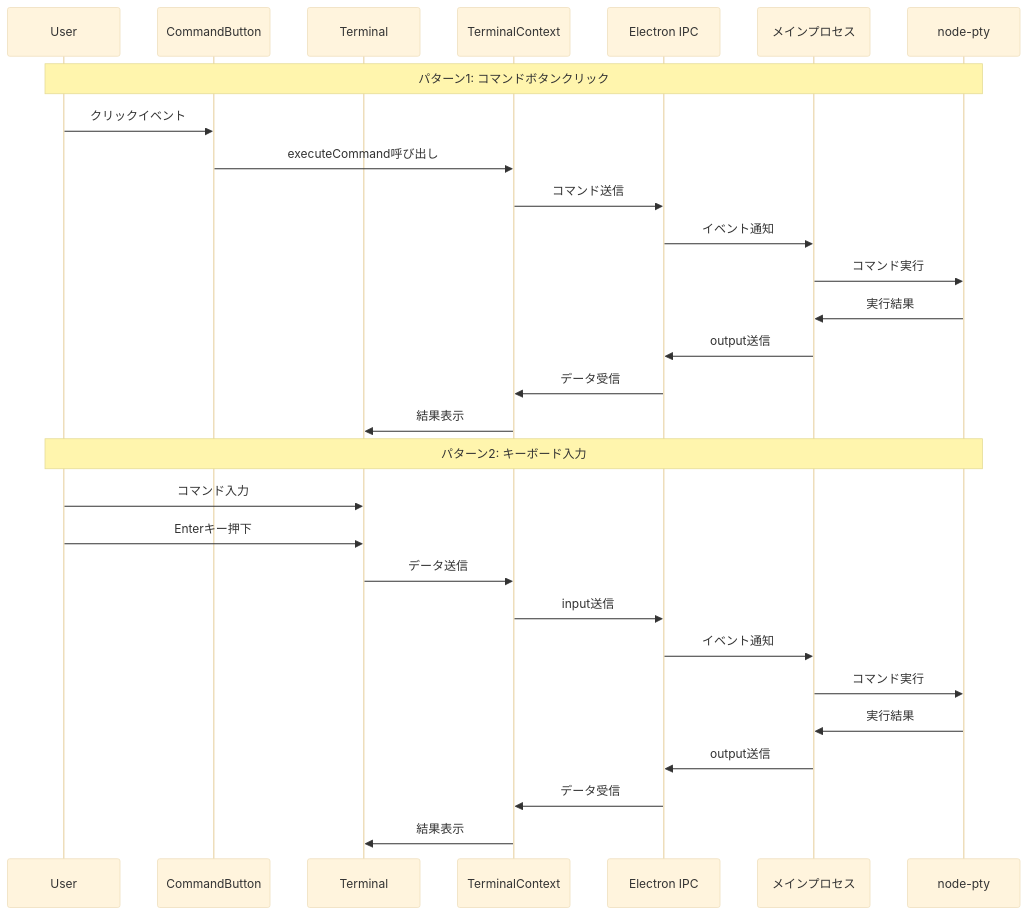
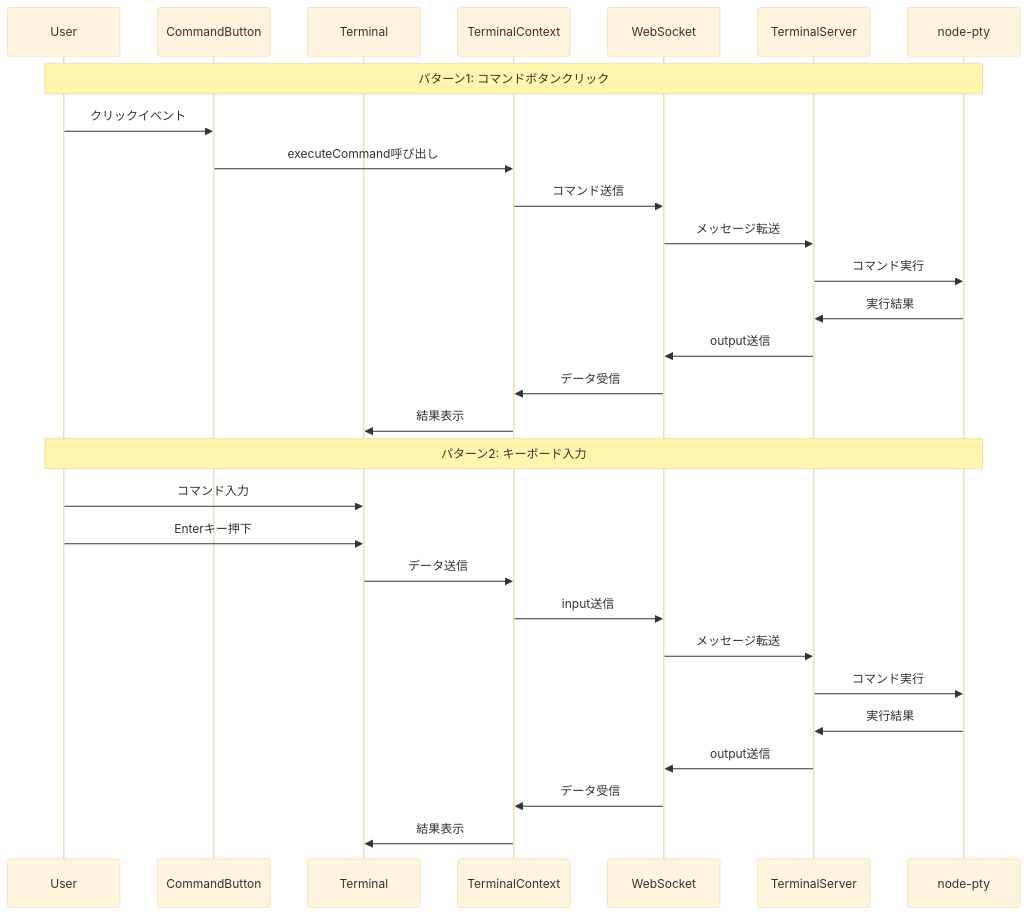
The third of 3 diagrams in DEVELOPMENT.md (yuki-matsu783/ExecDock), drawn with Mermaid (base theme) before and after one commit. The commit also changed other lines of this file and 1 other file, not shown here.

````diff
--- a/DEVELOPMENT.md
+++ b/DEVELOPMENT.md
@@ -117,33 +116,33 @@
    ```mermaid
    sequenceDiagram
        participant U as User
        participant CB as CommandButton
        participant T as Terminal
        participant TC as TerminalContext
-       participant IPC as Electron IPC
-       participant MP as メインプロセス
+       participant WS as WebSocket
+       participant TS as TerminalServer
        participant PTY as node-pty
 
        Note over U,PTY: パターン1: コマンドボタンクリック
        U->>CB: クリックイベント
        CB->>TC: executeCommand呼び出し
-       TC->>IPC: コマンド送信
-       IPC->>MP: イベント通知
-       MP->>PTY: コマンド実行
-       PTY->>MP: 実行結果
-       MP->>IPC: output送信
-       IPC->>TC: データ受信
+       TC->>WS: コマンド送信
+       WS->>TS: メッセージ転送
+       TS->>PTY: コマンド実行
+       PTY->>TS: 実行結果
+       TS->>WS: output送信
+       WS->>TC: データ受信
        TC->>T: 結果表示
 
        Note over U,PTY: パターン2: キーボード入力
        U->>T: コマンド入力
        U->>T: Enterキー押下
        T->>TC: データ送信
-       TC->>IPC: input送信
-       IPC->>MP: イベント通知
-       MP->>PTY: コマンド実行
-       PTY->>MP: 実行結果
-       MP->>IPC: output送信
-       IPC->>TC: データ受信
+       TC->>WS: input送信
+       WS->>TS: メッセージ転送
+       TS->>PTY: コマンド実行
+       PTY->>TS: 実行結果
+       TS->>WS: output送信
+       WS->>TC: データ受信
        TC->>T: 結果表示
    ```
````
